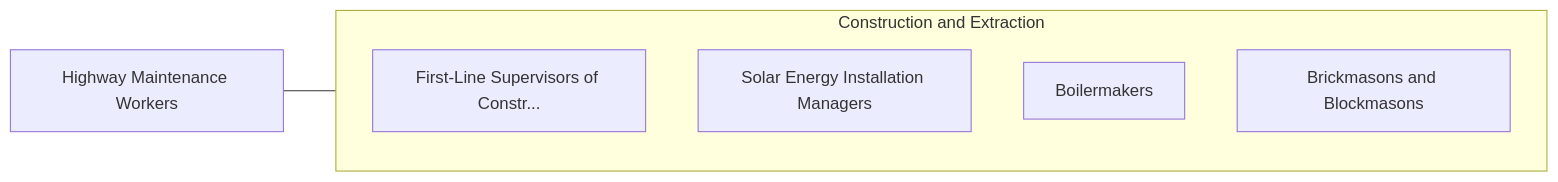
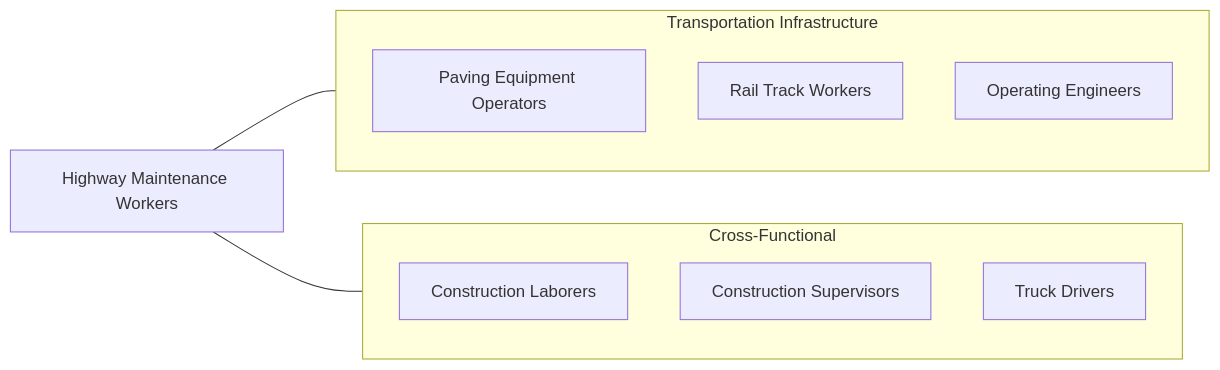
The fourth of 4 diagrams in occupations/Construction/HighwayMaintenanceWorkers.mdx (kziemski/business.org.ai), drawn with Mermaid before and after one commit. The commit also changed other lines of this file and 938 other files, not shown here.

````diff
--- a/occupations/Construction/HighwayMaintenanceWorkers.mdx
+++ b/occupations/Construction/HighwayMaintenanceWorkers.mdx
@@ -121,13 +212,19 @@
 ```mermaid
 graph LR
     Current["Highway Maintenance Workers"]
 
-    subgraph SameCategory["Construction and Extraction"]
-        FirstLineSupervisors["First-Line Supervisors of Constr..."]
-        SolarEnergyInstallat["Solar Energy Installation Managers"]
-        Boilermakers["Boilermakers"]
-        BrickmasonsAndBlockm["Brickmasons and Blockmasons"]
+    subgraph SameCategory["Transportation Infrastructure"]
+        Paving["Paving Equipment Operators"]
+        RailTrack["Rail Track Workers"]
+        OpEng["Operating Engineers"]
+    end
+
+    subgraph CrossFunctional["Cross-Functional"]
+        Laborer["Construction Laborers"]
+        Super["Construction Supervisors"]
+        Driver["Truck Drivers"]
     end
 
     Current --- SameCategory
+    Current --- CrossFunctional
 ```
````
